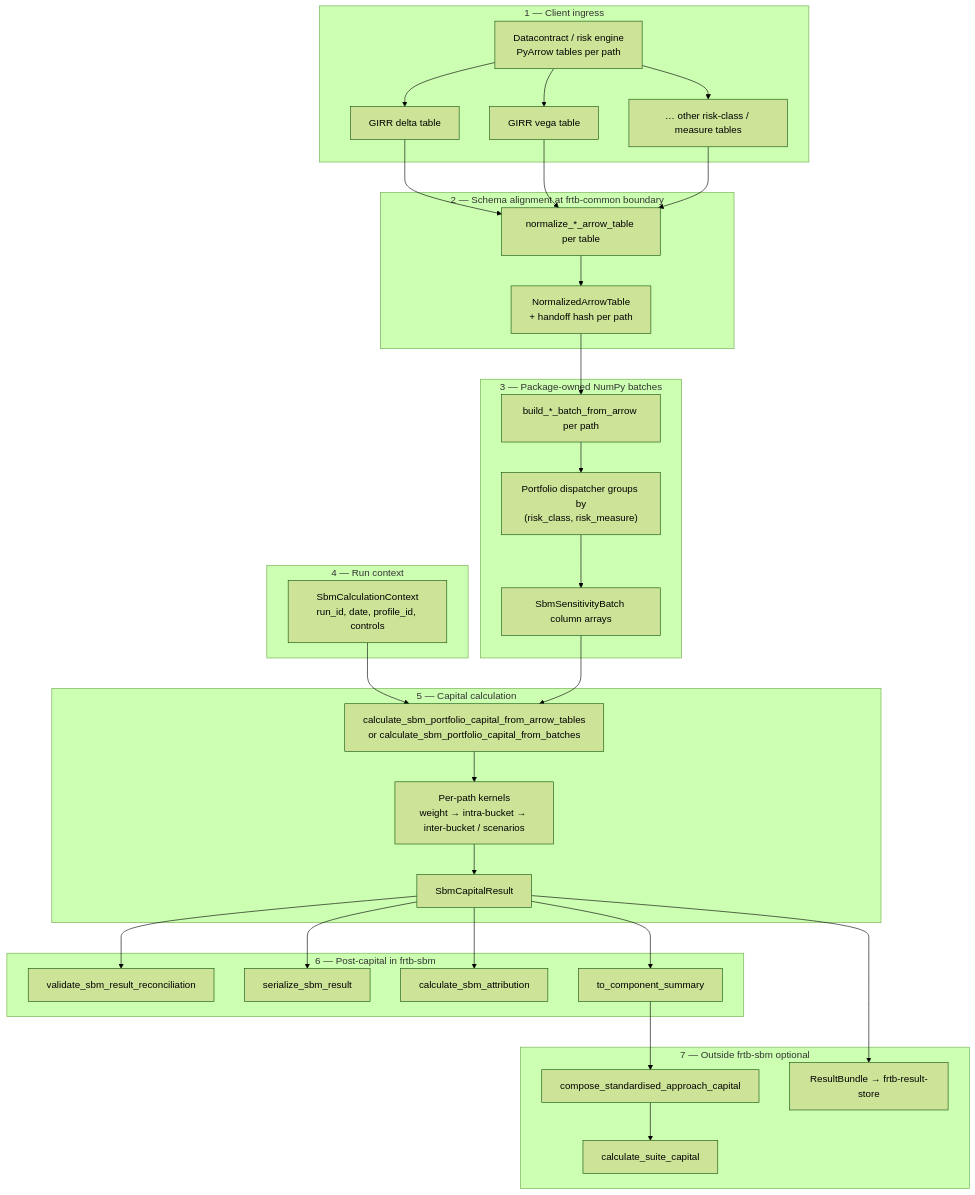
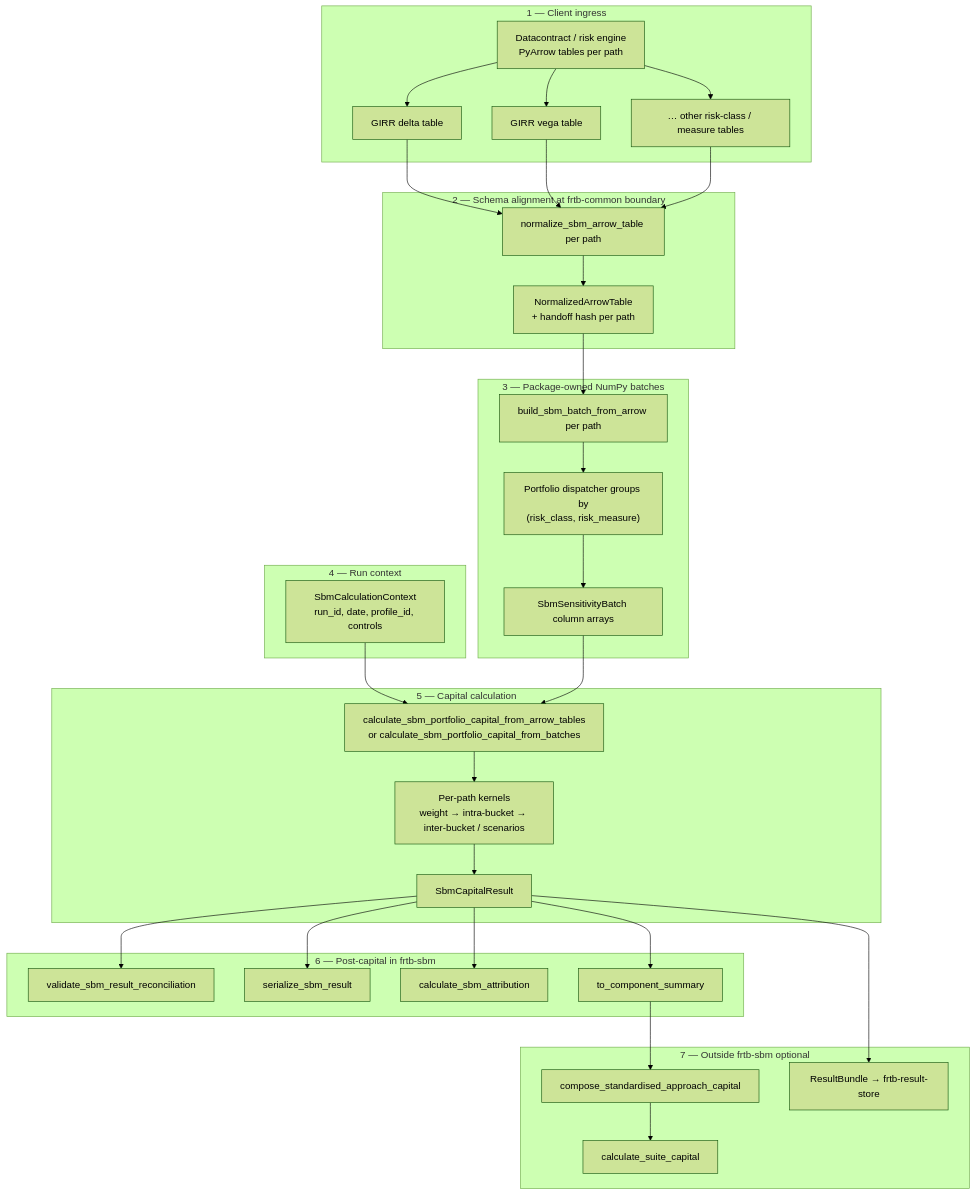
One commit to tomanizer/frtb-capital changed the first of 5 diagrams in packages/frtb-sbm/docs/PACKAGE_JOURNEY.md. Above: the diagram before and after it, drawn with Mermaid (forest theme). The commit also changed other lines of this file and 10 other files, not shown here.

````diff
--- a/packages/frtb-sbm/docs/PACKAGE_JOURNEY.md
+++ b/packages/frtb-sbm/docs/PACKAGE_JOURNEY.md
@@ -137,52 +139,52 @@
 ```mermaid
 flowchart TB
   subgraph ingest["1 — Client ingress"]
     DC["Datacontract / risk engine\nPyArrow tables per path"]
     T1["GIRR delta table"]
     T2["GIRR vega table"]
     TN["… other risk-class / measure tables"]
   end
 
   subgraph normalize["2 — Schema alignment at frtb-common boundary"]
-    N["normalize_*_arrow_table per table"]
+    N["normalize_sbm_arrow_table per path"]
     NAT["NormalizedArrowTable\n+ handoff hash per path"]
   end
 
   subgraph batch["3 — Package-owned NumPy batches"]
-    B["build_*_batch_from_arrow per path"]
+    B["build_sbm_batch_from_arrow per path"]
     GRP["Portfolio dispatcher groups by\n(risk_class, risk_measure)"]
     BATCH["SbmSensitivityBatch column arrays"]
   end
 
   subgraph run["4 — Run context"]
     CTX["SbmCalculationContext\nrun_id, date, profile_id, controls"]
   end
 
   subgraph calc["5 — Capital calculation"]
     ENTRY["calculate_sbm_portfolio_capital_from_arrow_tables\nor calculate_sbm_portfolio_capital_from_batches"]
     RC["Per-path kernels\nweight → intra-bucket → inter-bucket / scenarios"]
     RES["SbmCapitalResult"]
   end
 
   subgraph post["6 — Post-capital in frtb-sbm"]
     RECON["validate_sbm_result_reconciliation"]
     SER["serialize_sbm_result"]
     ATTR["calculate_sbm_attribution"]
     SUM["to_component_summary"]
   end
 
   subgraph external["7 — Outside frtb-sbm optional"]
     SA["compose_standardised_approach_capital"]
     SUITE["calculate_suite_capital"]
     STORE["ResultBundle → frtb-result-store"]
   end
 
   DC --> T1 & T2 & TN
   T1 & T2 & TN --> N --> NAT --> B --> GRP --> BATCH
   CTX --> ENTRY
   BATCH --> ENTRY
   ENTRY --> RC --> RES
   RES --> RECON & SER & ATTR & SUM
   SUM --> SA --> SUITE
   RES --> STORE
 ```
````
